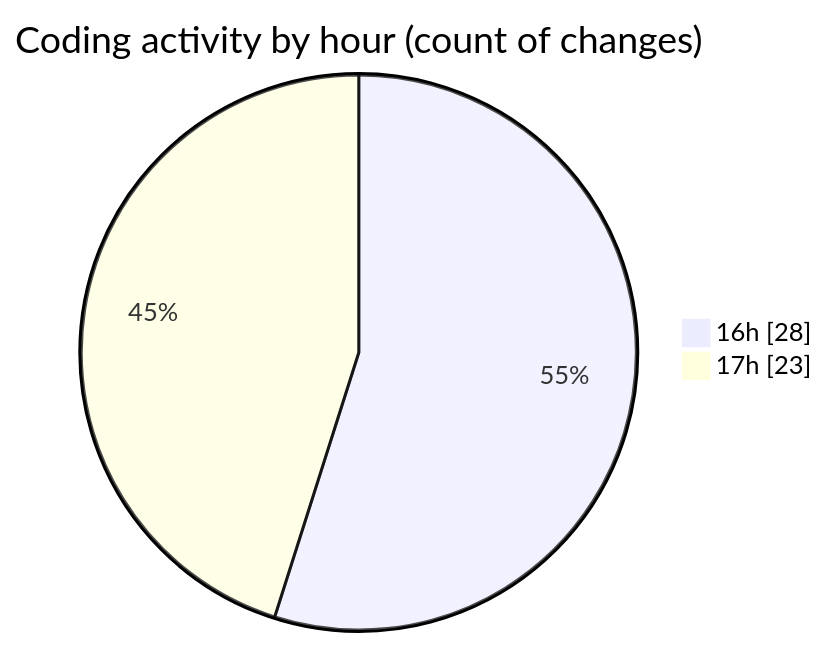
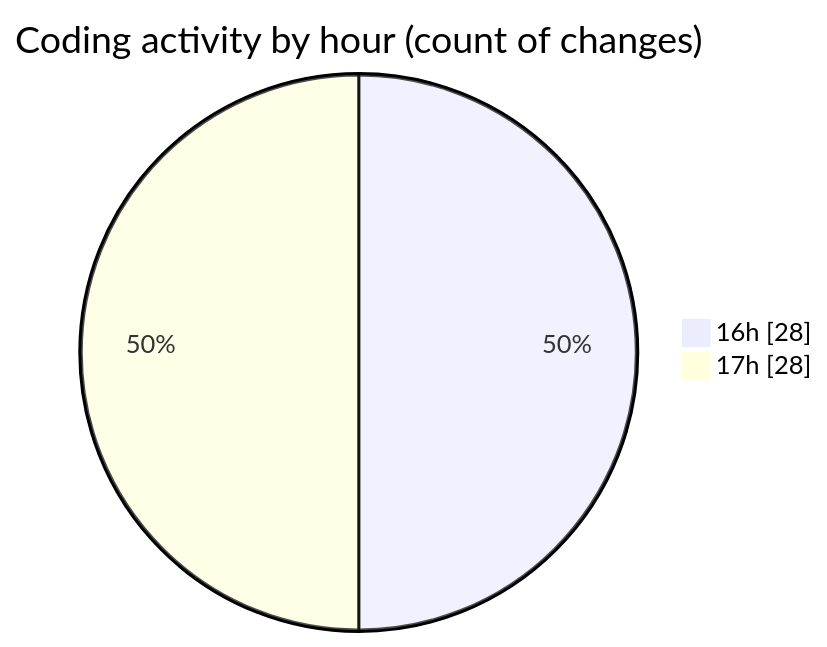
One commit to donsfak/code-tracking changed the second of 2 diagrams in 2025-01-15/trackers_app/README.md. Above: the diagram before and after it, drawn with Mermaid. The commit also changed other lines of this file and 1 other file, not shown here.

````diff
--- a/2025-01-15/trackers_app/README.md
+++ b/2025-01-15/trackers_app/README.md
@@ -37,6 +37,6 @@
 ```mermaid
 pie showData
 title Coding activity by hour (count of changes)
 "16h" : 28
-"17h" : 23
+"17h" : 28
 ```
````
